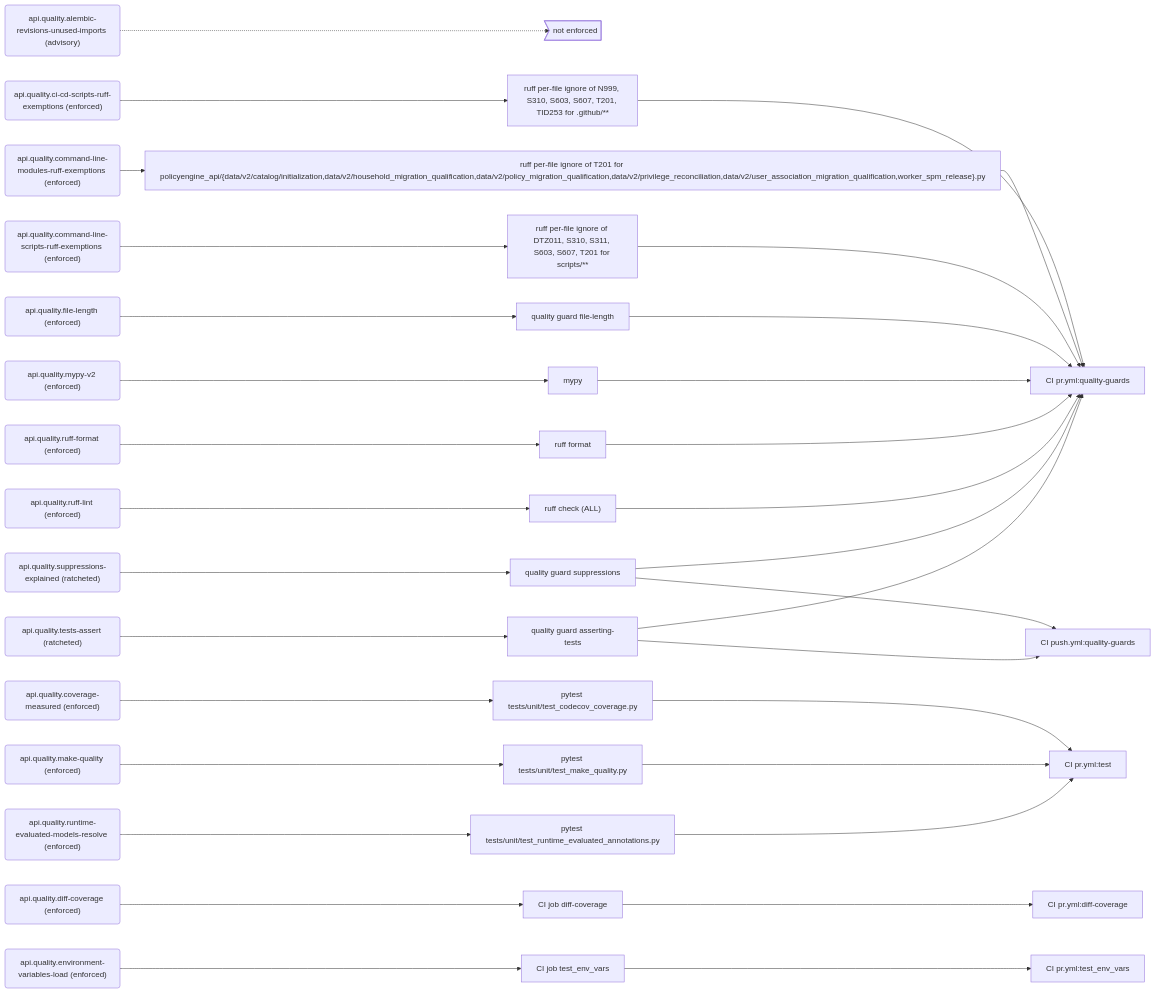
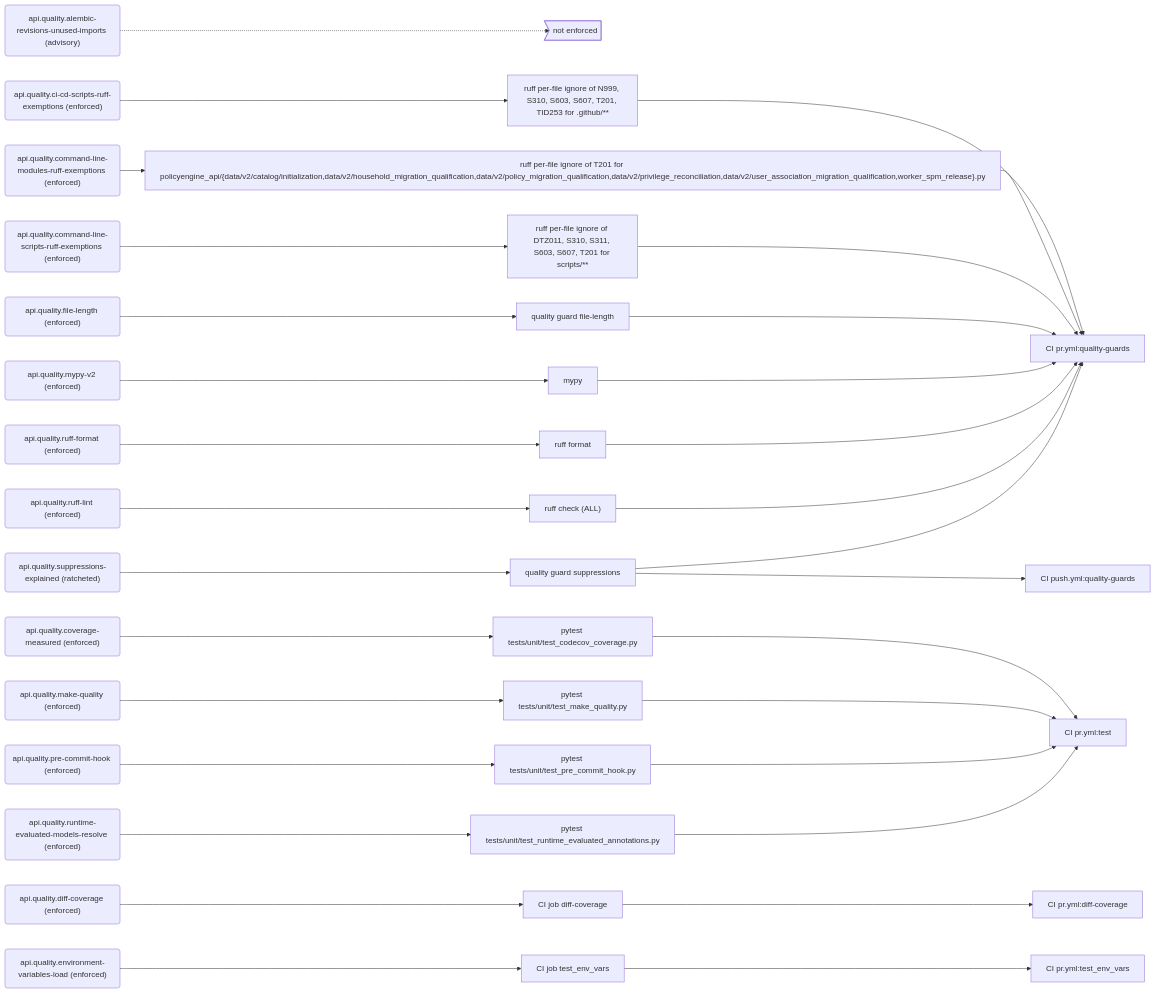
The seventh of 12 diagrams in docs/generated/rules.md (PolicyEngine/policyengine-api), drawn with Mermaid before and after one commit. The commit also changed other lines of this file and 7 other files, not shown here.

First line of the commit message:
Run make quality before every commit with a git pre-commit hook

````diff
--- a/docs/generated/rules.md
+++ b/docs/generated/rules.md
@@ -389,69 +390,68 @@
 ```mermaid
 flowchart LR
   r_api_quality_alembic_revisions_unused_imports("api.quality.alembic-revisions-unused-imports (advisory)")
   gap_unenforced>"not enforced"]
   r_api_quality_ci_cd_scripts_ruff_exemptions("api.quality.ci-cd-scripts-ruff-exemptions (enforced)")
   e_ruff_per_file_ignore_of_N999__S310__S603__S607__T201__TID253_for__github___["ruff per-file ignore of N999, S310, S603, S607, T201, TID253 for .github/**"]
   j_CI_pr_yml_quality_guards["CI pr.yml:quality-guards"]
   r_api_quality_command_line_modules_ruff_exemptions("api.quality.command-line-modules-ruff-exemptions (enforced)")
   e_ruff_per_file_ignore_of_T201_for_policyengine_api__data_v2_catalog_initialization_data_v2_household_migration_qualification_data_v2_policy_migration_qualification_data_v2_privilege_reconciliation_data_v2_user_association_migration_qualification_worker_spm_release__py["ruff per-file ignore of T201 for policyengine_api/{data/v2/catalog/initialization,data/v2/household_migration_qualification,data/v2/policy_migration_qualification,data/v2/privilege_reconciliation,data/v2/user_association_migration_qualification,worker_spm_release}.py"]
   r_api_quality_command_line_scripts_ruff_exemptions("api.quality.command-line-scripts-ruff-exemptions (enforced)")
   e_ruff_per_file_ignore_of_DTZ011__S310__S311__S603__S607__T201_for_scripts___["ruff per-file ignore of DTZ011, S310, S311, S603, S607, T201 for scripts/**"]
   r_api_quality_coverage_measured("api.quality.coverage-measured (enforced)")
   e_pytest_tests_unit_test_codecov_coverage_py["pytest tests/unit/test_codecov_coverage.py"]
   j_CI_pr_yml_test["CI pr.yml:test"]
   r_api_quality_diff_coverage("api.quality.diff-coverage (enforced)")
   e_CI_job_diff_coverage["CI job diff-coverage"]
   j_CI_pr_yml_diff_coverage["CI pr.yml:diff-coverage"]
   r_api_quality_environment_variables_load("api.quality.environment-variables-load (enforced)")
   e_CI_job_test_env_vars["CI job test_env_vars"]
   j_CI_pr_yml_test_env_vars["CI pr.yml:test_env_vars"]
   r_api_quality_file_length("api.quality.file-length (enforced)")
   e_quality_guard_file_length["quality guard file-length"]
   r_api_quality_make_quality("api.quality.make-quality (enforced)")
   e_pytest_tests_unit_test_make_quality_py["pytest tests/unit/test_make_quality.py"]
   r_api_quality_mypy_v2("api.quality.mypy-v2 (enforced)")
   e_mypy["mypy"]
+  r_api_quality_pre_commit_hook("api.quality.pre-commit-hook (enforced)")
+  e_pytest_tests_unit_test_pre_commit_hook_py["pytest tests/unit/test_pre_commit_hook.py"]
   r_api_quality_ruff_format("api.quality.ruff-format (enforced)")
   e_ruff_format["ruff format"]
   r_api_quality_ruff_lint("api.quality.ruff-lint (enforced)")
   e_ruff_check__ALL_["ruff check (ALL)"]
   r_api_quality_runtime_evaluated_models_resolve("api.quality.runtime-evaluated-models-resolve (enforced)")
   e_pytest_tests_unit_test_runtime_evaluated_annotations_py["pytest tests/unit/test_runtime_evaluated_annotations.py"]
   r_api_quality_suppressions_explained("api.quality.suppressions-explained (ratcheted)")
   e_quality_guard_suppressions["quality guard suppressions"]
   j_CI_push_yml_quality_guards["CI push.yml:quality-guards"]
-  r_api_quality_tests_assert("api.quality.tests-assert (ratcheted)")
-  e_quality_guard_asserting_tests["quality guard asserting-tests"]
   r_api_quality_alembic_revisions_unused_imports -.-> gap_unenforced
   r_api_quality_ci_cd_scripts_ruff_exemptions --> e_ruff_per_file_ignore_of_N999__S310__S603__S607__T201__TID253_for__github___
   e_ruff_per_file_ignore_of_N999__S310__S603__S607__T201__TID253_for__github___ --> j_CI_pr_yml_quality_guards
   r_api_quality_command_line_modules_ruff_exemptions --> e_ruff_per_file_ignore_of_T201_for_policyengine_api__data_v2_catalog_initialization_data_v2_household_migration_qualification_data_v2_policy_migration_qualification_data_v2_privilege_reconciliation_data_v2_user_association_migration_qualification_worker_spm_release__py
   e_ruff_per_file_ignore_of_T201_for_policyengine_api__data_v2_catalog_initialization_data_v2_household_migration_qualification_data_v2_policy_migration_qualification_data_v2_privilege_reconciliation_data_v2_user_association_migration_qualification_worker_spm_release__py --> j_CI_pr_yml_quality_guards
   r_api_quality_command_line_scripts_ruff_exemptions --> e_ruff_per_file_ignore_of_DTZ011__S310__S311__S603__S607__T201_for_scripts___
   e_ruff_per_file_ignore_of_DTZ011__S310__S311__S603__S607__T201_for_scripts___ --> j_CI_pr_yml_quality_guards
   r_api_quality_coverage_measured --> e_pytest_tests_unit_test_codecov_coverage_py
   e_pytest_tests_unit_test_codecov_coverage_py --> j_CI_pr_yml_test
   r_api_quality_diff_coverage --> e_CI_job_diff_coverage
   e_CI_job_diff_coverage --> j_CI_pr_yml_diff_coverage
   r_api_quality_environment_variables_load --> e_CI_job_test_env_vars
   e_CI_job_test_env_vars --> j_CI_pr_yml_test_env_vars
   r_api_quality_file_length --> e_quality_guard_file_length
   e_quality_guard_file_length --> j_CI_pr_yml_quality_guards
   r_api_quality_make_quality --> e_pytest_tests_unit_test_make_quality_py
   e_pytest_tests_unit_test_make_quality_py --> j_CI_pr_yml_test
   r_api_quality_mypy_v2 --> e_mypy
   e_mypy --> j_CI_pr_yml_quality_guards
+  r_api_quality_pre_commit_hook --> e_pytest_tests_unit_test_pre_commit_hook_py
+  e_pytest_tests_unit_test_pre_commit_hook_py --> j_CI_pr_yml_test
   r_api_quality_ruff_format --> e_ruff_format
   e_ruff_format --> j_CI_pr_yml_quality_guards
   r_api_quality_ruff_lint --> e_ruff_check__ALL_
   e_ruff_check__ALL_ --> j_CI_pr_yml_quality_guards
   r_api_quality_runtime_evaluated_models_resolve --> e_pytest_tests_unit_test_runtime_evaluated_annotations_py
   e_pytest_tests_unit_test_runtime_evaluated_annotations_py --> j_CI_pr_yml_test
   r_api_quality_suppressions_explained --> e_quality_guard_suppressions
   e_quality_guard_suppressions --> j_CI_pr_yml_quality_guards
   e_quality_guard_suppressions --> j_CI_push_yml_quality_guards
-  r_api_quality_tests_assert --> e_quality_guard_asserting_tests
-  e_quality_guard_asserting_tests --> j_CI_pr_yml_quality_guards
-  e_quality_guard_asserting_tests --> j_CI_push_yml_quality_guards
 ```
````
